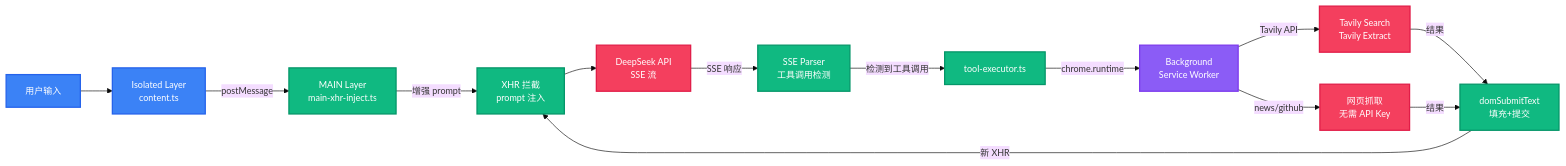
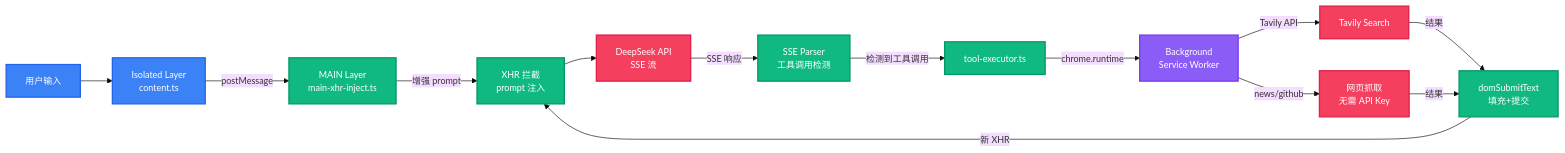
The diagram in README.md (EwenYoung/deepseek-enhancer), drawn with Mermaid before and after one commit. The commit also changed other lines of this file and 20 other files, not shown here.

````diff
--- a/README.md
+++ b/README.md
@@ -103,26 +103,26 @@
 ```mermaid
 %%{init: {'theme': 'base', 'themeVariables': {'fontSize': '14px'}}}%%
 flowchart LR
     User[用户输入] --> Isolated[Isolated Layer<br/>content.ts]
     Isolated --> |postMessage| MAIN[MAIN Layer<br/>main-xhr-inject.ts]
     MAIN --> |增强 prompt| XHR[XHR 拦截<br/>prompt 注入]
     XHR --> DeepSeek[DeepSeek API<br/>SSE 流]
     DeepSeek --> |SSE 响应| Parser[SSE Parser<br/>工具调用检测]
     Parser --> |检测到工具调用| Exec[tool-executor.ts]
     Exec --> |chrome.runtime| Background[Background<br/>Service Worker]
-    Background --> |Tavily API| Tavily[Tavily Search<br/> Tavily Extract]
+    Background --> |Tavily API| Tavily[Tavily Search]
     Background --> |news/github| Scrape[网页抓取<br/>无需 API Key]
     Tavily --> |结果| DOM[domSubmitText<br/>填充+提交]
     Scrape --> |结果| DOM
     DOM --> |新 XHR| XHR
 
     classDef client fill:#3B82F6,stroke:#2563EB,color:#fff,stroke-width:2px
     classDef service fill:#10B981,stroke:#059669,color:#fff,stroke-width:2px
     classDef external fill:#F43F5E,stroke:#E11D48,color:#fff,stroke-width:2px
     classDef data fill:#8B5CF6,stroke:#7C3AED,color:#fff,stroke-width:2px
 
     class User,Isolated client
     class MAIN,XHR,Parser,Exec,DOM service
     class Background data
     class Tavily,Scrape,DeepSeek external
 ```
````
